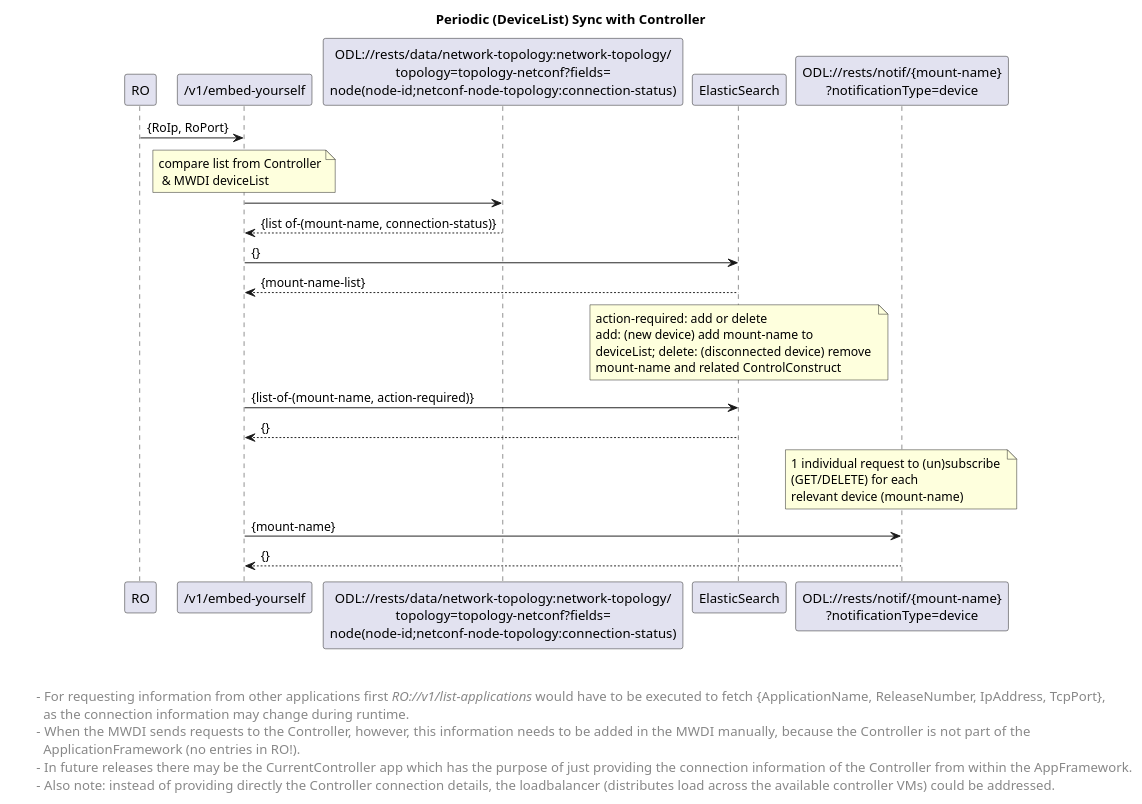
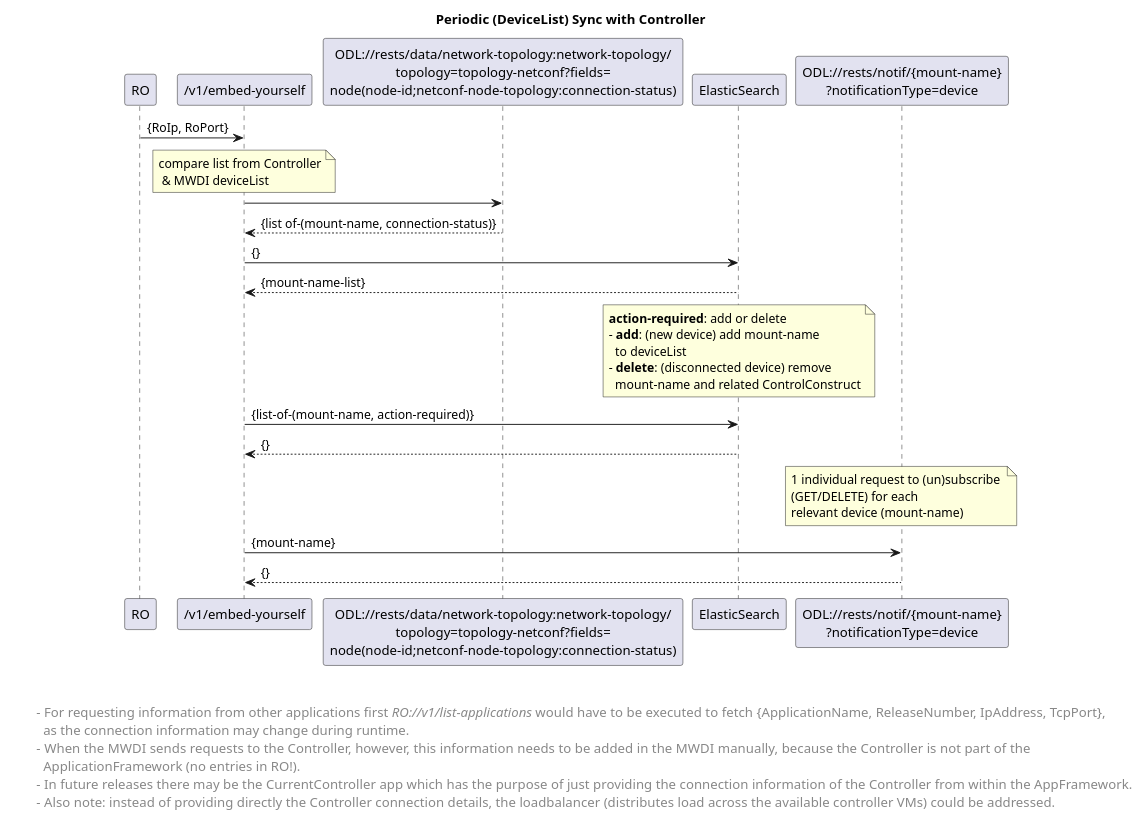
One commit to openBackhaul/MicroWaveDeviceInventory changed the diagram in spec/diagrams/00x_forwardingCyclicOperation.plantuml. Above: the diagram before and after it, drawn with PlantUML.

```diff
--- a/spec/diagrams/00x_forwardingCyclicOperation.plantuml
+++ b/spec/diagrams/00x_forwardingCyclicOperation.plantuml
@@ -1,49 +1,53 @@
 @startuml
 skinparam responseMessageBelowArrow true
 
 title  Periodic (DeviceList) Sync with Controller
 
 "RO" -> "/v1/embed-yourself": {RoIp, RoPort}
 
 note over "/v1/embed-yourself": compare list from Controller\n & MWDI deviceList
 
 "/v1/embed-yourself" -> "ODL://rests/data/network-topology:network-topology/\ntopology=topology-netconf?fields=\nnode(node-id;netconf-node-topology:connection-status)"
 "ODL://rests/data/network-topology:network-topology/\ntopology=topology-netconf?fields=\nnode(node-id;netconf-node-topology:connection-status)" --> "/v1/embed-yourself": {list of-(mount-name, connection-status)}
 
 "/v1/embed-yourself" -> "ElasticSearch": {}
 "ElasticSearch" --> "/v1/embed-yourself": {mount-name-list}
 
-
-
-note over "ElasticSearch": action-required: add or delete \nadd: (new device) add mount-name to \ndeviceList; delete: (disconnected device) remove \nmount-name and related ControlConstruct
+note over "ElasticSearch"
+ <b>action-required</b>: add or delete
+ - <b>add</b>: (new device) add mount-name 
+   to deviceList
+ - <b>delete</b>: (disconnected device) remove 
+   mount-name and related ControlConstruct
+end note 
 
 "/v1/embed-yourself" -> "ElasticSearch": {list-of-(mount-name, action-required)}
 "ElasticSearch" --> "/v1/embed-yourself": {}
 
 
 note over "ODL://rests/notif/{mount-name}\n?notificationType=device": 1 individual request to (un)subscribe \n(GET/DELETE) for each \nrelevant device (mount-name)
 
 "/v1/embed-yourself" -> "ODL://rests/notif/{mount-name}\n?notificationType=device": {mount-name}
 "ODL://rests/notif/{mount-name}\n?notificationType=device" --> "/v1/embed-yourself": {}
 
 
 
 left footer 
 
 
 \t- For requesting information from other applications first <i>RO://v1/list-applications</i> would have to be executed to fetch {ApplicationName, ReleaseNumber, IpAddress, TcpPort}, 
 \t  as the connection information may change during runtime.
 \t-  When the MWDI sends requests to the Controller, however, this information needs to be added in the MWDI manually, because the Controller is not part of the 
 \t  ApplicationFramework (no entries in RO!). 
 \t-  In future releases there may be the CurrentController app which has the purpose of just providing the connection information of the Controller from within the AppFramework.
 \t-  Also note: instead of providing directly the Controller connection details, the loadbalancer (distributes load across the available controller VMs) could be addressed.
 end footer
 
 <style>
 footer {
   HorizontalAlignment left
   FontSize 14
 }
 </style>
 
 @enduml
```
